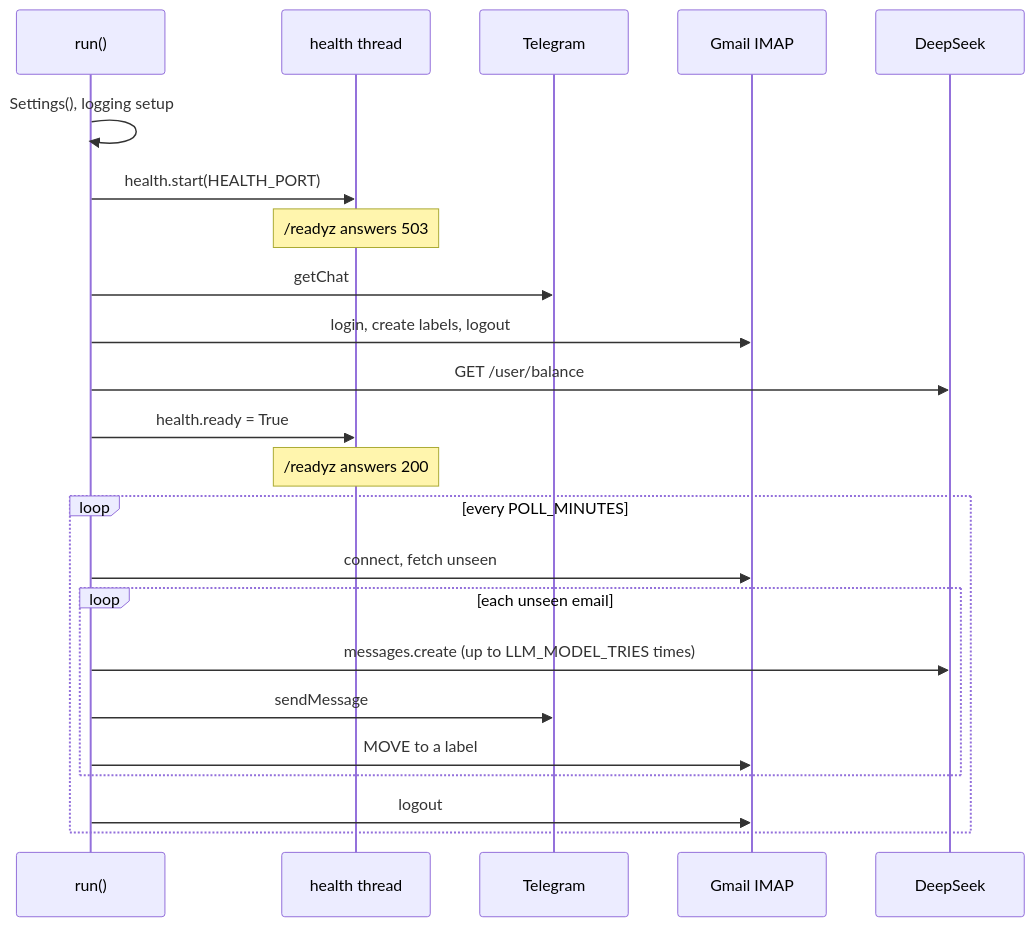
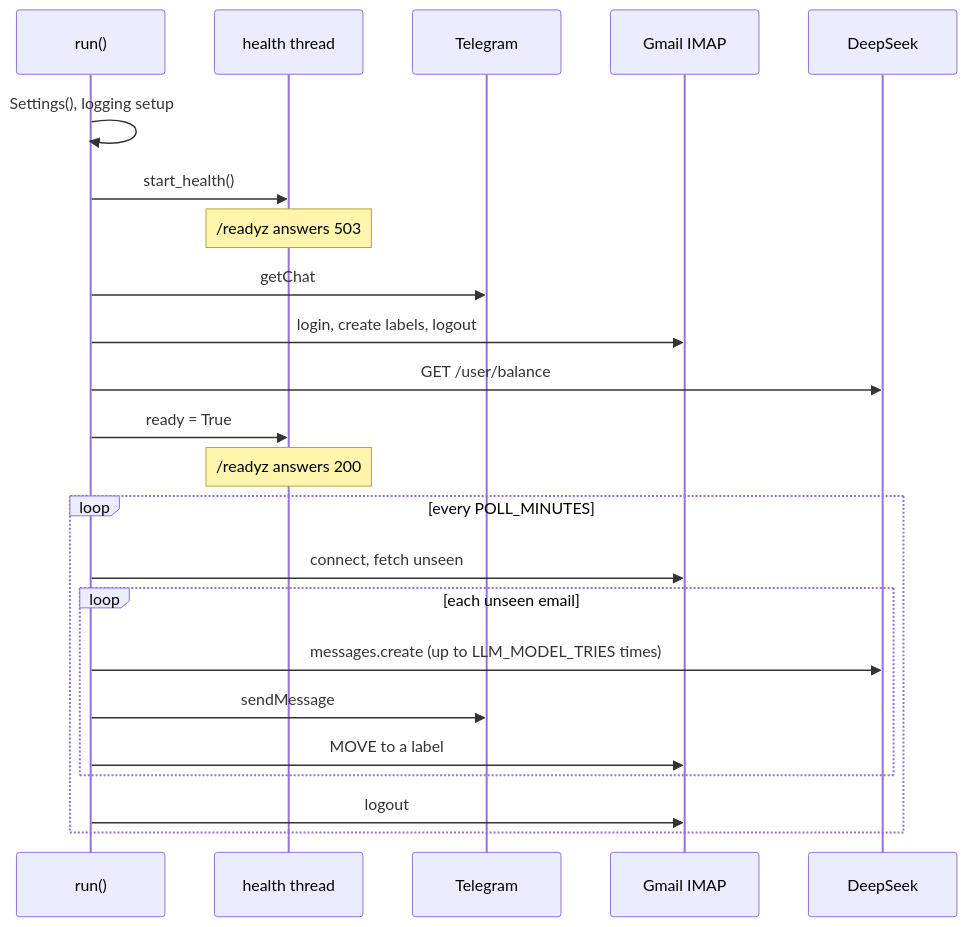
Before and after one commit to DeV1L/kindergarten-email-checker: the fourth of 4 diagrams in docs/code/README.md, drawn with Mermaid. The commit also changed other lines of this file and 11 other files, not shown here.

````diff
--- a/docs/code/README.md
+++ b/docs/code/README.md
@@ -129,25 +127,25 @@
 ```mermaid
 sequenceDiagram
     participant R as run()
     participant H as health thread
     participant T as Telegram
     participant G as Gmail IMAP
     participant D as DeepSeek
     R->>R: Settings(), logging setup
-    R->>H: health.start(HEALTH_PORT)
+    R->>H: start_health()
     Note over H: /readyz answers 503
     R->>T: getChat
     R->>G: login, create labels, logout
     R->>D: GET /user/balance
-    R->>H: health.ready = True
+    R->>H: ready = True
     Note over H: /readyz answers 200
     loop every POLL_MINUTES
         R->>G: connect, fetch unseen
         loop each unseen email
             R->>D: messages.create (up to LLM_MODEL_TRIES times)
             R->>T: sendMessage
             R->>G: MOVE to a label
         end
         R->>G: logout
     end
 ```
````
